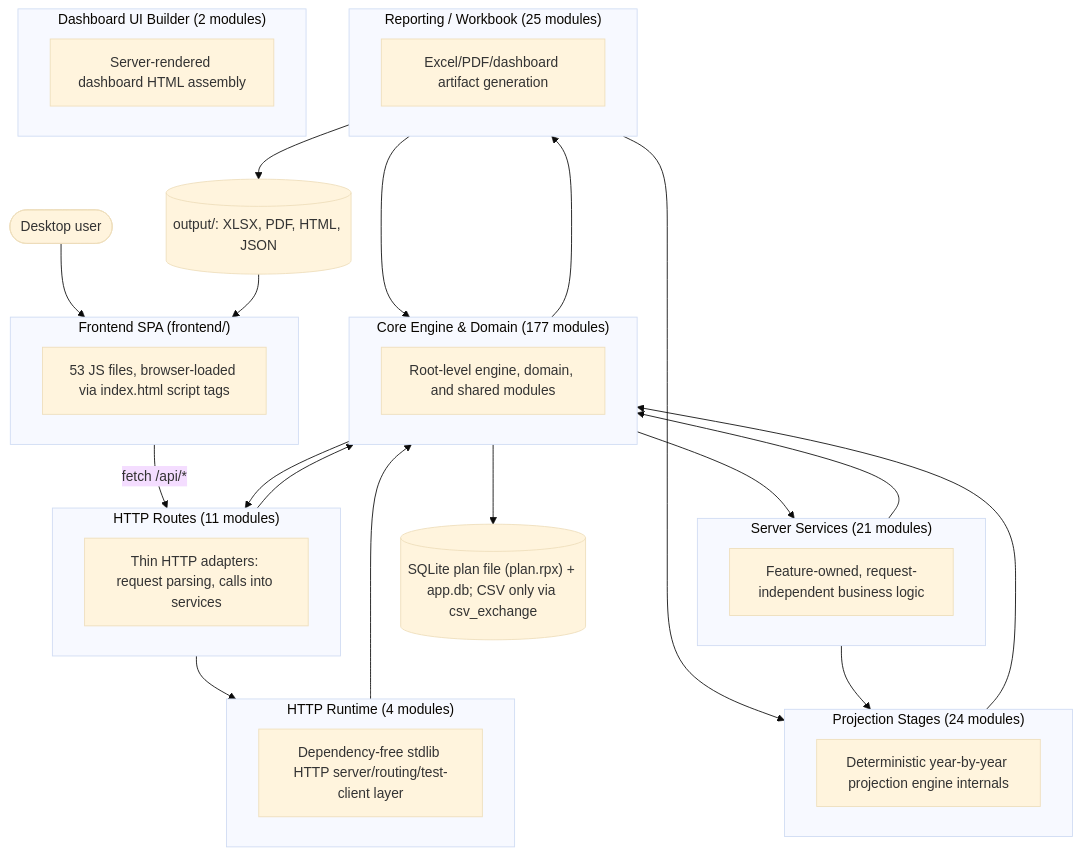
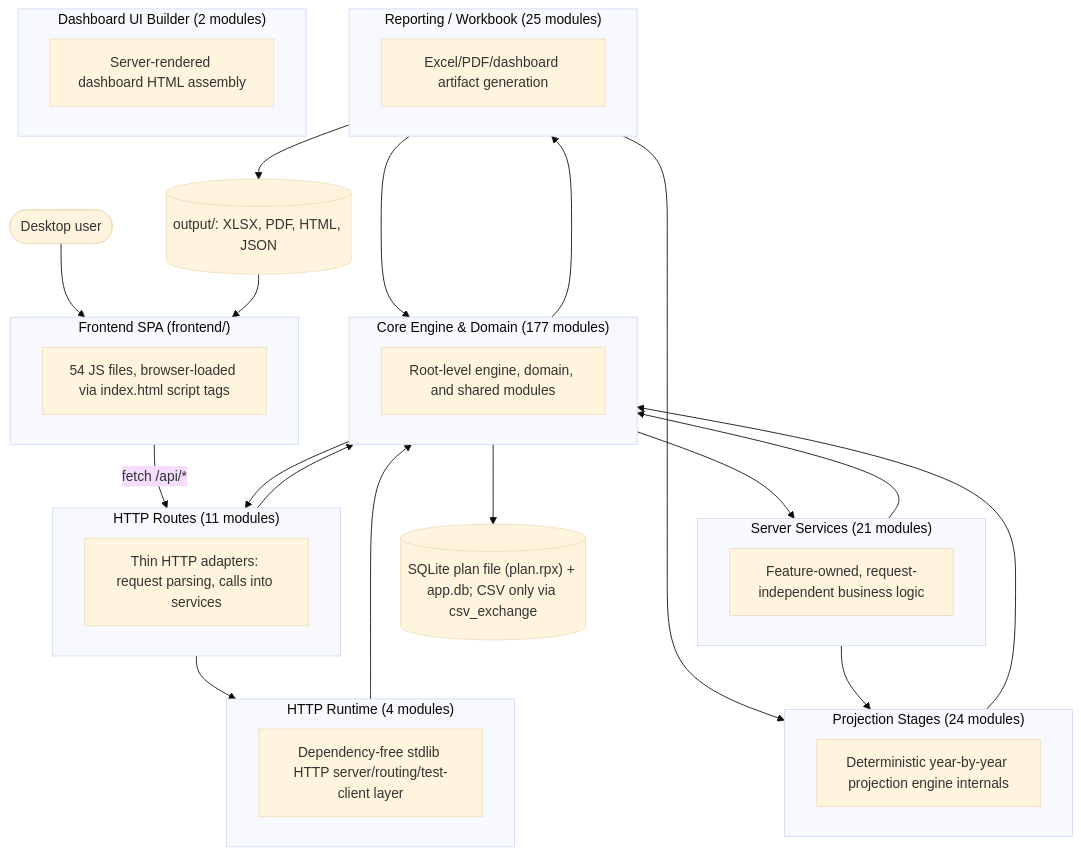
The first of 2 diagrams in documentation/reference/SYSTEM_ARCHITECTURE_DIAGRAM.md (matthartzman/retirement_system), drawn with Mermaid (base theme) before and after one commit. The commit also changed other lines of this file and 10 other files, not shown here.

````diff
--- a/documentation/reference/SYSTEM_ARCHITECTURE_DIAGRAM.md
+++ b/documentation/reference/SYSTEM_ARCHITECTURE_DIAGRAM.md
@@ -11,43 +11,43 @@
 ```mermaid
 flowchart TB
     User(["Desktop user"]) --> FE
     subgraph FE["Frontend SPA (frontend/)"]
-        FEcount["53 JS files, browser-loaded via index.html script tags"]
+        FEcount["54 JS files, browser-loaded via index.html script tags"]
     end
     FE -->|fetch /api/*| L_HTTP_Routes
     subgraph L_HTTP_Routes["HTTP Routes (11 modules)"]
         L_HTTP_Routes_d["Thin HTTP adapters: request parsing, calls into services"]
     end
     subgraph L_Server_Services["Server Services (21 modules)"]
         L_Server_Services_d["Feature-owned, request-independent business logic"]
     end
     subgraph L_HTTP_Runtime["HTTP Runtime (4 modules)"]
         L_HTTP_Runtime_d["Dependency-free stdlib HTTP server/routing/test-client layer"]
     end
     subgraph L_Core_Engine___Domain["Core Engine & Domain (177 modules)"]
         L_Core_Engine___Domain_d["Root-level engine, domain, and shared modules"]
     end
     subgraph L_Projection_Stages["Projection Stages (24 modules)"]
         L_Projection_Stages_d["Deterministic year-by-year projection engine internals"]
     end
     subgraph L_Reporting___Workbook["Reporting / Workbook (25 modules)"]
         L_Reporting___Workbook_d["Excel/PDF/dashboard artifact generation"]
     end
     subgraph L_Dashboard_UI_Builder["Dashboard UI Builder (2 modules)"]
         L_Dashboard_UI_Builder_d["Server-rendered dashboard HTML assembly"]
     end
     L_Core_Engine___Domain --> L_HTTP_Routes
     L_Core_Engine___Domain --> L_Reporting___Workbook
     L_Core_Engine___Domain --> L_Server_Services
     L_HTTP_Routes --> L_Core_Engine___Domain
     L_HTTP_Routes --> L_HTTP_Runtime
     L_HTTP_Runtime --> L_Core_Engine___Domain
     L_Projection_Stages --> L_Core_Engine___Domain
     L_Reporting___Workbook --> L_Core_Engine___Domain
     L_Reporting___Workbook --> L_Projection_Stages
     L_Server_Services --> L_Core_Engine___Domain
     L_Server_Services --> L_Projection_Stages
     L_Core_Engine___Domain --> DB[("SQLite plan file (plan.rpx) + app.db; CSV only via csv_exchange")]
     L_Reporting___Workbook --> Outputs[("output/: XLSX, PDF, HTML, JSON")]
     Outputs --> FE
 ```
````
